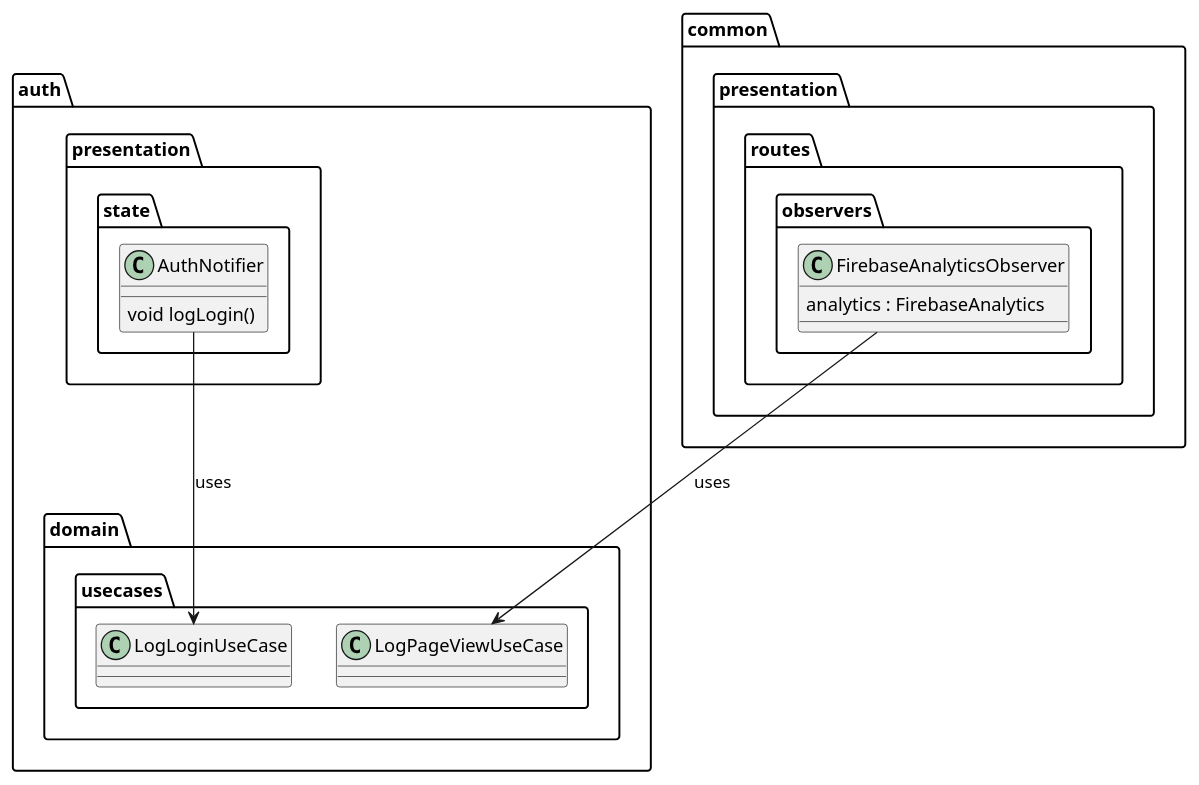
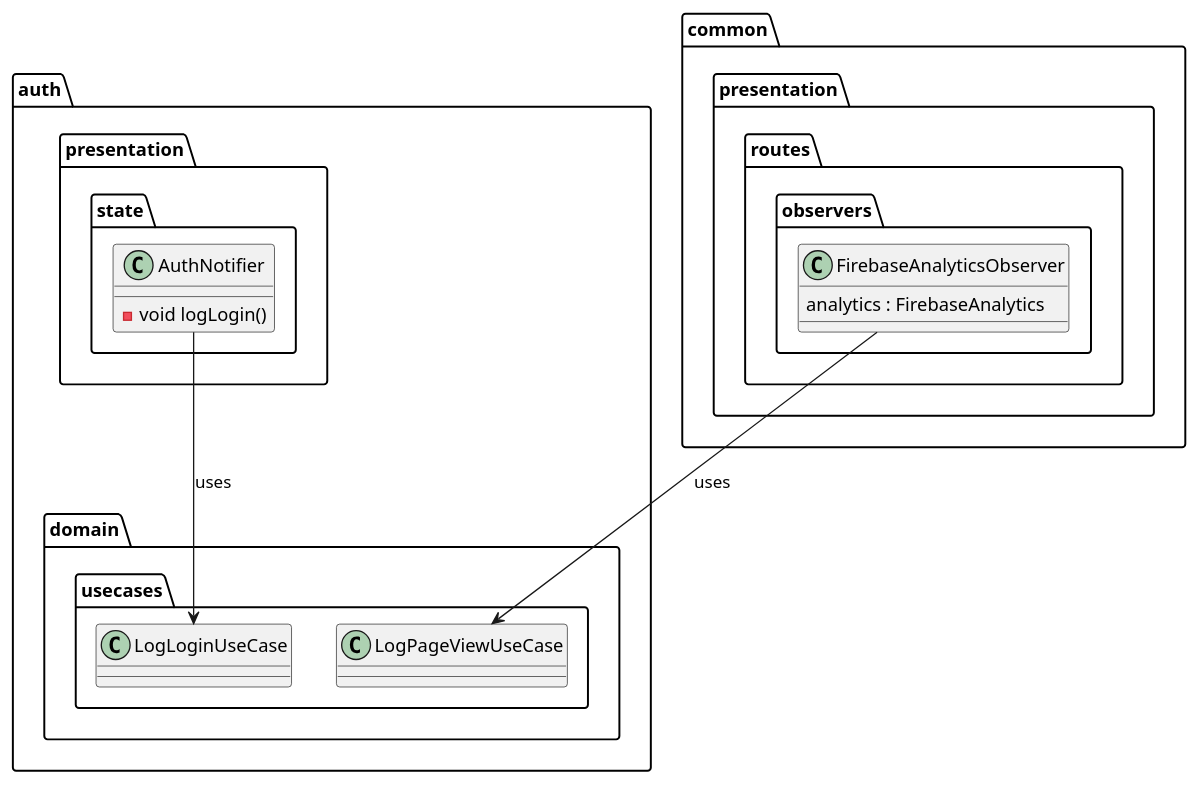
One commit to Flank/flank-dashboard changed the diagram in metrics/web/docs/features/firebase_analytics/diagrams/firebas_analytics_presentation.puml. Above: the diagram before and after it, drawn with PlantUML. The commit also changed 3 other files, not shown here.

Commit message:
Create Firebase analytics design document. Create diagrams.

```diff
--- a/metrics/web/docs/features/firebase_analytics/diagrams/firebas_analytics_presentation.puml
+++ b/metrics/web/docs/features/firebase_analytics/diagrams/firebas_analytics_presentation.puml
@@ -1,23 +1,21 @@
 @startuml
 package auth.presentation.state {
     class AuthNotifier {
-        void logLogin()
+        - void logLogin()
     }
 }
 
 package common.presentation.routes.observers {
     class FirebaseAnalyticsObserver {
         analytics : FirebaseAnalytics
     }
 }
 
 package auth.domain.usecases {
     class LogLoginUseCase{}
     class LogPageViewUseCase{}
 }
 
-
-
 AuthNotifier --> LogLoginUseCase : uses
 FirebaseAnalyticsObserver --> LogPageViewUseCase : uses
 @enduml
```
